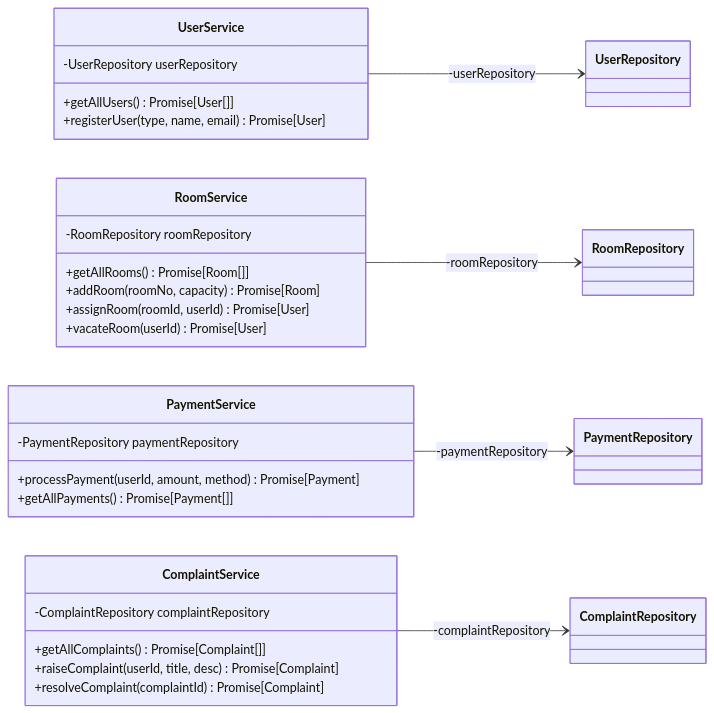
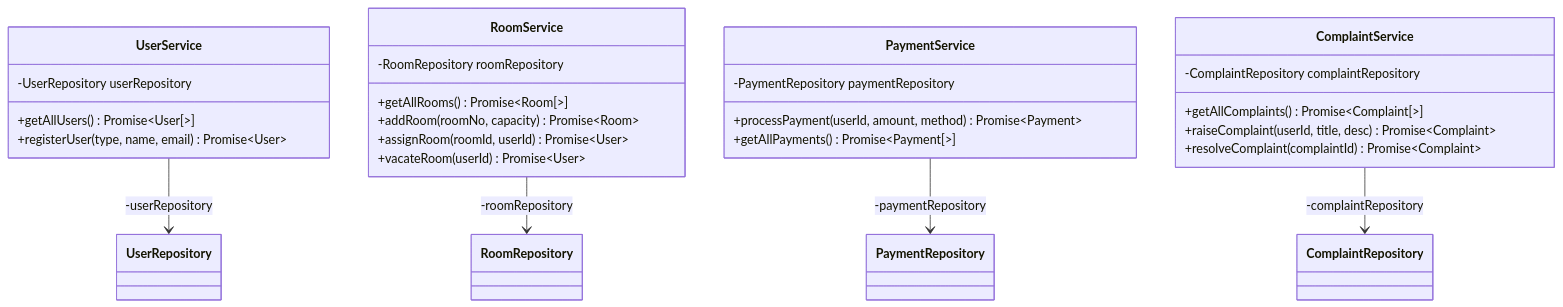
Before and after one commit to ishyverma/SDSE_Capstone: the third of 6 diagrams in diagrams/class-diagram.md, drawn with Mermaid. The commit also changed other lines of this file and 3 other files, not shown here.

````diff
--- a/diagrams/class-diagram.md
+++ b/diagrams/class-diagram.md
@@ -178,41 +161,41 @@
 ```mermaid
 classDiagram
-    direction LR
+    direction TB
 
     class UserService {
         -UserRepository userRepository
-        +getAllUsers() Promise[User[]]
-        +registerUser(type, name, email) Promise[User]
+        +getAllUsers() Promise~User[~]
+        +registerUser(type, name, email) Promise~User~
     }
 
     class RoomService {
         -RoomRepository roomRepository
-        +getAllRooms() Promise[Room[]]
-        +addRoom(roomNo, capacity) Promise[Room]
-        +assignRoom(roomId, userId) Promise[User]
-        +vacateRoom(userId) Promise[User]
+        +getAllRooms() Promise~Room[~]
+        +addRoom(roomNo, capacity) Promise~Room~
+        +assignRoom(roomId, userId) Promise~User~
+        +vacateRoom(userId) Promise~User~
     }
 
     class PaymentService {
         -PaymentRepository paymentRepository
-        +processPayment(userId, amount, method) Promise[Payment]
-        +getAllPayments() Promise[Payment[]]
+        +processPayment(userId, amount, method) Promise~Payment~
+        +getAllPayments() Promise~Payment[~]
     }
 
     class ComplaintService {
         -ComplaintRepository complaintRepository
-        +getAllComplaints() Promise[Complaint[]]
-        +raiseComplaint(userId, title, desc) Promise[Complaint]
-        +resolveComplaint(complaintId) Promise[Complaint]
+        +getAllComplaints() Promise~Complaint[~]
+        +raiseComplaint(userId, title, desc) Promise~Complaint~
+        +resolveComplaint(complaintId) Promise~Complaint~
     }
 
-    class UserRepository { }
-    class RoomRepository { }
-    class PaymentRepository { }
-    class ComplaintRepository { }
+    class UserRepository
+    class RoomRepository
+    class PaymentRepository
+    class ComplaintRepository
 
     UserService --> UserRepository : -userRepository
     RoomService --> RoomRepository : -roomRepository
     PaymentService --> PaymentRepository : -paymentRepository
     ComplaintService --> ComplaintRepository : -complaintRepository
 ```
````
